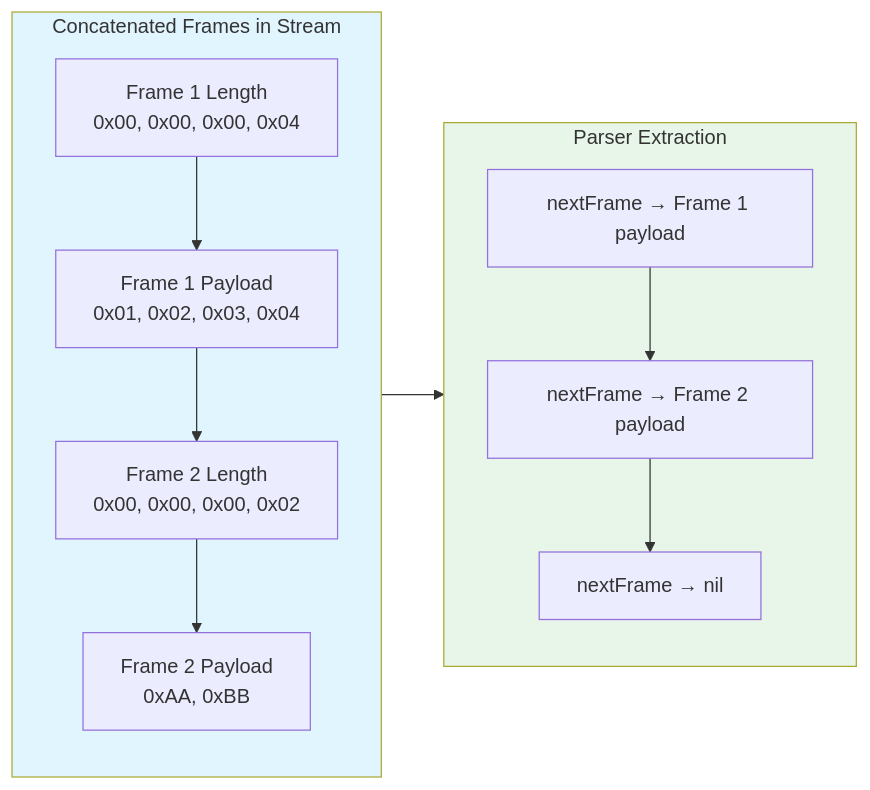
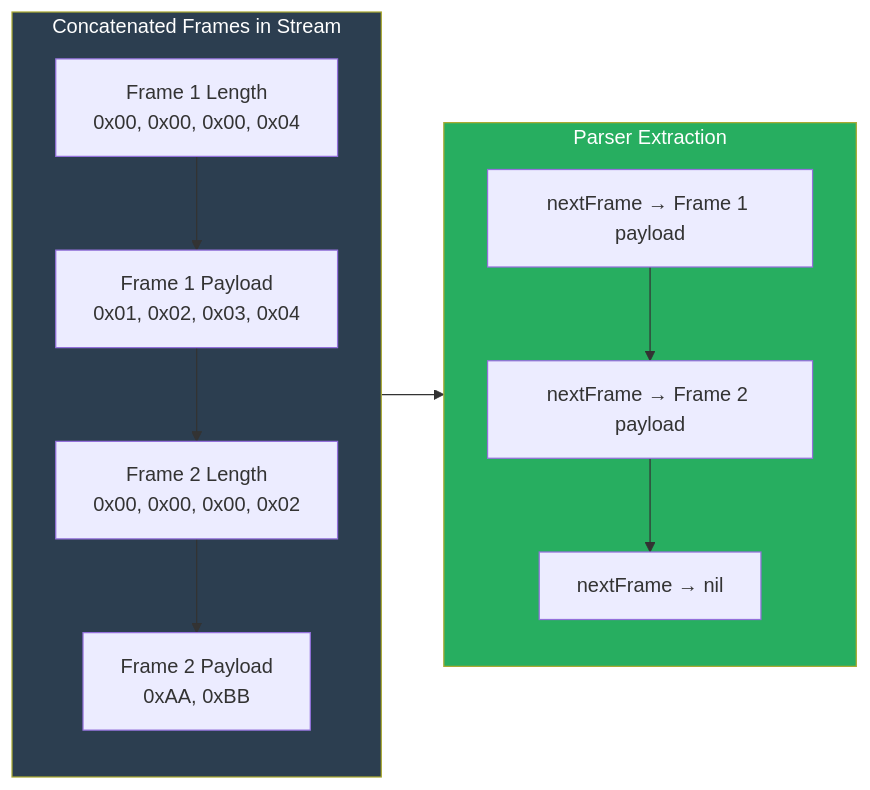
Before and after one commit to Mikedan37/BlazeBinary: diagram 19 of 19 in README.md, drawn with Mermaid. The commit also changed other lines of this file and 11 other files, not shown here.

First line of the commit message:
Improve Mermaid diagrams and code display formatting

````diff
--- a/README.md
+++ b/README.md
@@ -591,26 +592,26 @@
 ```mermaid
 graph LR
     subgraph Stream["Concatenated Frames in Stream"]
         F1Len[Frame 1 Length<br/>0x00, 0x00, 0x00, 0x04]
         F1Payload[Frame 1 Payload<br/>0x01, 0x02, 0x03, 0x04]
         F2Len[Frame 2 Length<br/>0x00, 0x00, 0x00, 0x02]
         F2Payload[Frame 2 Payload<br/>0xAA, 0xBB]
         
         F1Len --> F1Payload
         F1Payload --> F2Len
         F2Len --> F2Payload
     end
     
     subgraph Extraction["Parser Extraction"]
         E1[nextFrame → Frame 1 payload]
         E2[nextFrame → Frame 2 payload]
         E3[nextFrame → nil]
         E1 --> E2
         E2 --> E3
     end
     
     Stream --> Extraction
     
-    style Stream fill:#e1f5ff
-    style Extraction fill:#e8f5e9
+    style Stream fill:#2c3e50,color:#ffffff
+    style Extraction fill:#27ae60,color:#ffffff
 ```
````
